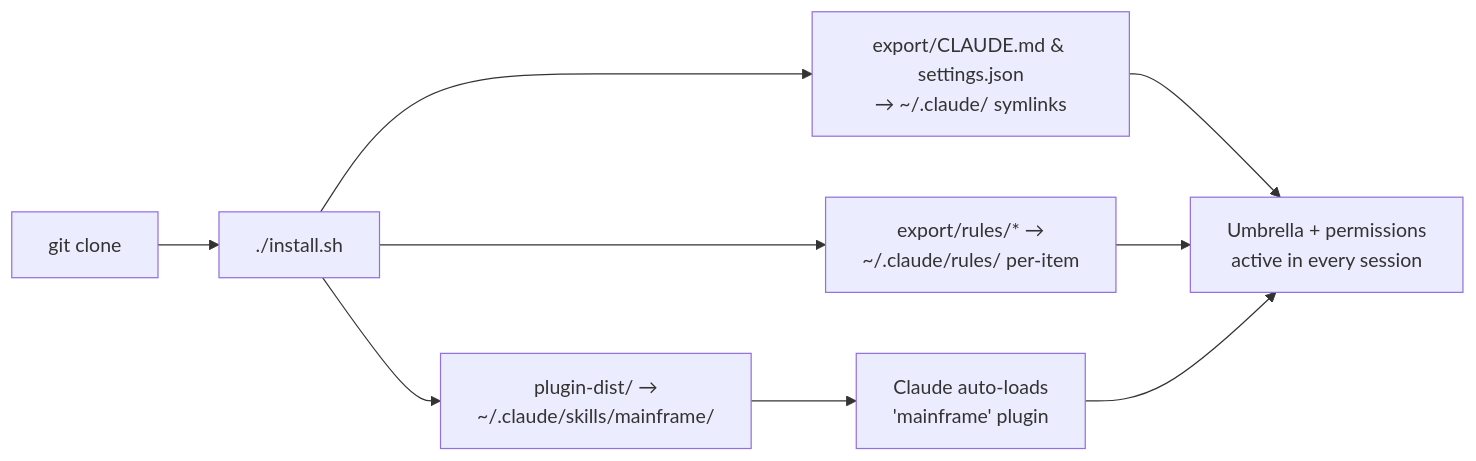
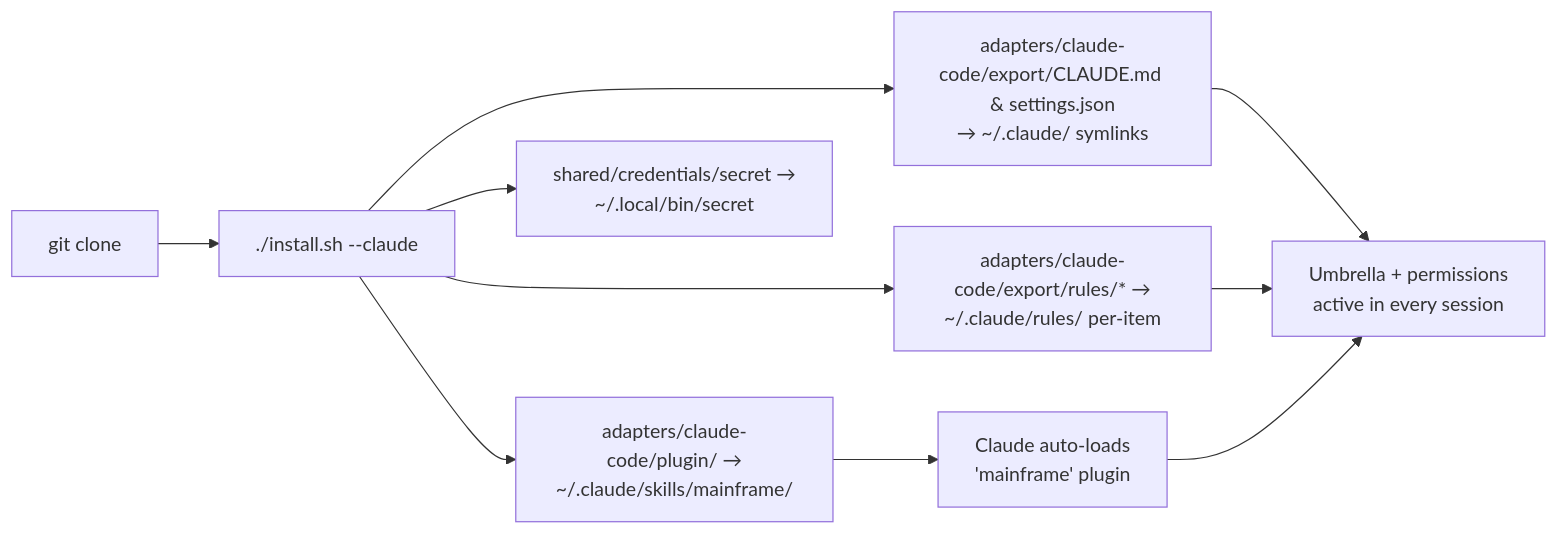
One commit to CATWILLgh/MAINFRAME changed the second of 4 diagrams in README.md. Above: the diagram before and after it, drawn with Mermaid. The commit also changed other lines of this file and 173 other files, not shown here.

First line of the commit message:
refactor(delivery): isolate the Claude Code adapter

````diff
--- a/README.md
+++ b/README.md
@@ -232,11 +235,12 @@
 ```mermaid
 graph LR
-    A[git clone] --> B[./install.sh]
-    B --> C[plugin-dist/ →<br/>~/.claude/skills/mainframe/]
-    B --> D[export/CLAUDE.md & settings.json<br/>→ ~/.claude/ symlinks]
-    B --> E[export/rules/* →<br/>~/.claude/rules/ per-item]
+    A[git clone] --> B[./install.sh --claude]
+    B --> C[adapters/claude-code/plugin/ →<br/>~/.claude/skills/mainframe/]
+    B --> D[adapters/claude-code/export/CLAUDE.md & settings.json<br/>→ ~/.claude/ symlinks]
+    B --> E[adapters/claude-code/export/rules/* →<br/>~/.claude/rules/ per-item]
+    B --> H[shared/credentials/secret →<br/>~/.local/bin/secret]
     C --> F[Claude auto-loads<br/>'mainframe' plugin]
     D --> G[Umbrella + permissions<br/>active in every session]
     E --> G
     F --> G
 ```
````
